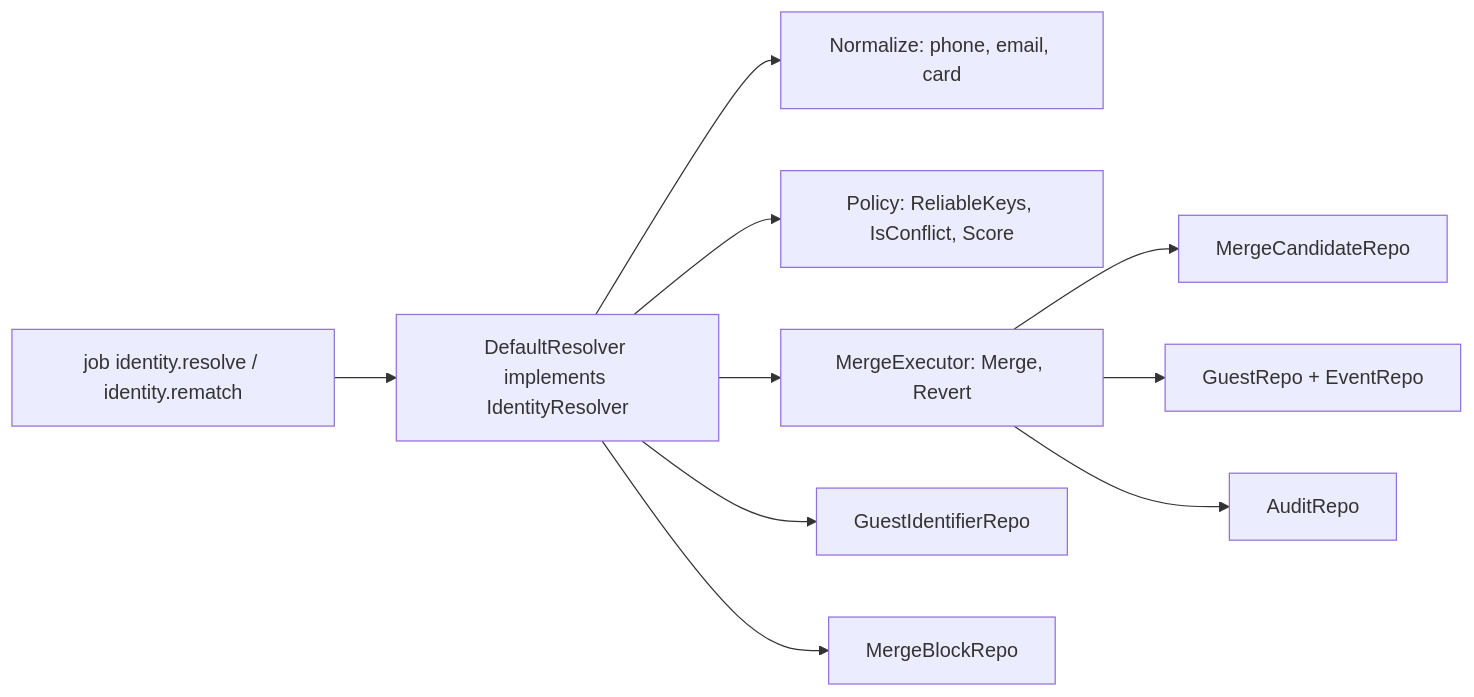
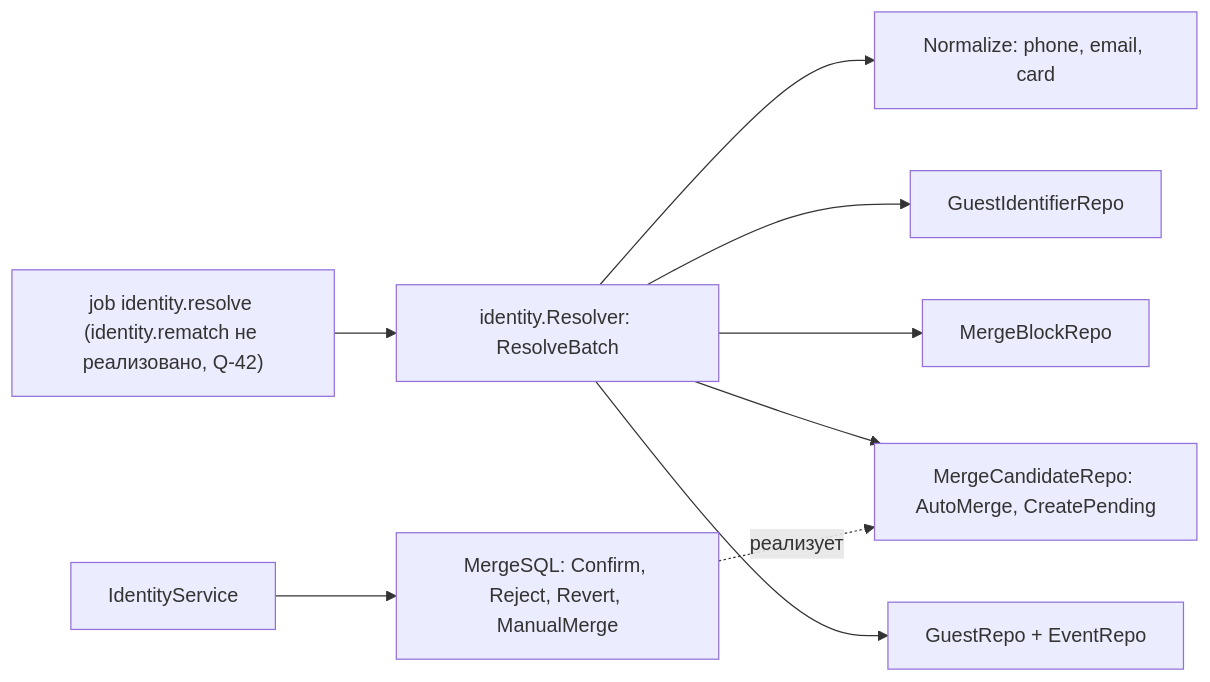
Before and after one commit to MangriMen/UCRP: the fifth of 5 diagrams in docs/design/12-c4.md, drawn with Mermaid. The commit also changed other lines of this file and 195 other files, not shown here.

````diff
--- a/docs/design/12-c4.md
+++ b/docs/design/12-c4.md
@@ -114,22 +114,20 @@
 ```mermaid
 flowchart LR
-  JOB["job identity.resolve / identity.rematch"]
-  DR["DefaultResolver implements IdentityResolver"]
+  JOB["job identity.resolve (identity.rematch не реализовано, Q-42)"]
+  DR["identity.Resolver: ResolveBatch"]
   NZ["Normalize: phone, email, card"]
-  PO["Policy: ReliableKeys, IsConflict, Score"]
-  ME["MergeExecutor: Merge, Revert"]
   GI["GuestIdentifierRepo"]
   UB["MergeBlockRepo"]
-  MC["MergeCandidateRepo"]
+  MC["MergeCandidateRepo: AutoMerge, CreatePending"]
   GR["GuestRepo + EventRepo"]
-  AR["AuditRepo"]
+  MS["MergeSQL: Confirm, Reject, Revert, ManualMerge"]
+  IS["IdentityService"]
   JOB --> DR
   DR --> NZ
   DR --> GI
   DR --> UB
-  DR --> PO
-  DR --> ME
-  ME --> MC
-  ME --> GR
-  ME --> AR
+  DR --> MC
+  DR --> GR
+  IS --> MS
+  MS -.реализует.-> MC
 ```
````
